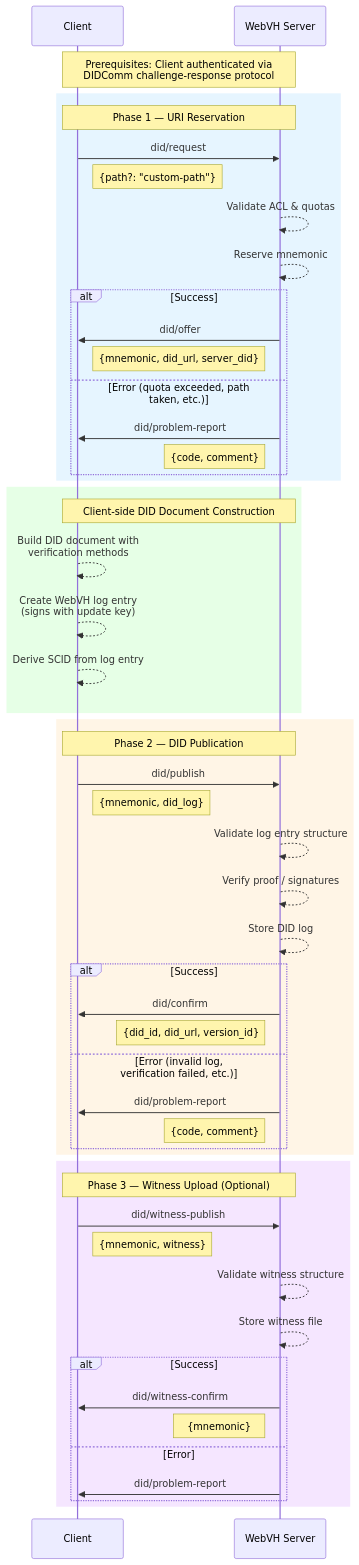
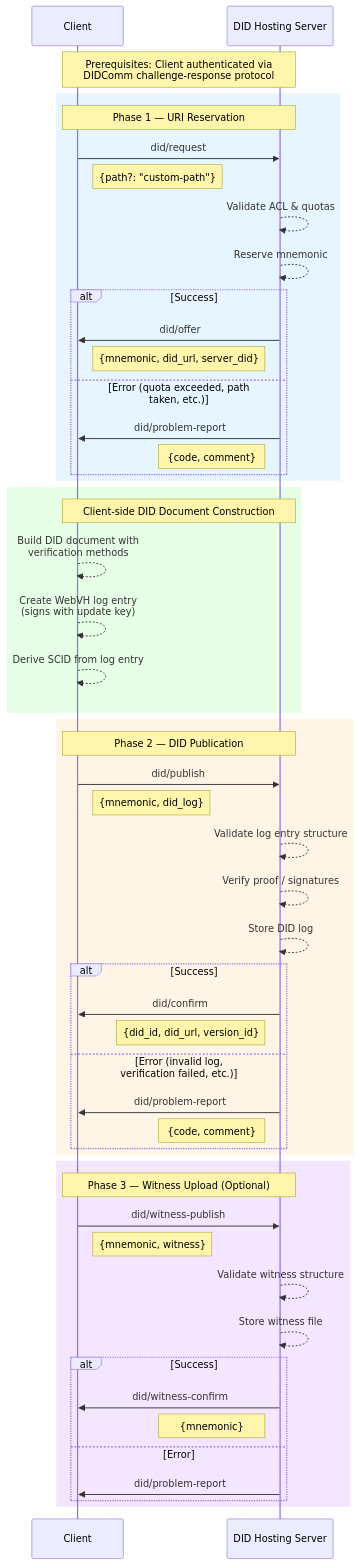
The first of 5 diagrams in docs/didcomm-did-management-protocol.md (affinidi/affinidi-webvh-service), drawn with Mermaid before and after one commit. The commit also changed other lines of this file and 66 other files, not shown here.

````diff
--- a/docs/didcomm-did-management-protocol.md
+++ b/docs/didcomm-did-management-protocol.md
@@ -80,59 +80,59 @@
 ```mermaid
 sequenceDiagram
     participant C as Client
-    participant S as WebVH Server
+    participant S as DID Hosting Server
 
     Note over C,S: Prerequisites: Client authenticated via<br/>DIDComm challenge-response protocol
 
     rect rgb(230, 245, 255)
         Note over C,S: Phase 1 — URI Reservation
         C->>S: did/request
         Note right of C: {path?: "custom-path"}
         S-->>S: Validate ACL & quotas
         S-->>S: Reserve mnemonic
         alt Success
             S->>C: did/offer
             Note left of S: {mnemonic, did_url, server_did}
         else Error (quota exceeded, path taken, etc.)
             S->>C: did/problem-report
             Note left of S: {code, comment}
         end
     end
 
     rect rgb(230, 255, 230)
         Note over C,S: Client-side DID Document Construction
         C-->>C: Build DID document with<br/>verification methods
         C-->>C: Create WebVH log entry<br/>(signs with update key)
         C-->>C: Derive SCID from log entry
     end
 
     rect rgb(255, 245, 230)
         Note over C,S: Phase 2 — DID Publication
         C->>S: did/publish
         Note right of C: {mnemonic, did_log}
         S-->>S: Validate log entry structure
         S-->>S: Verify proof / signatures
         S-->>S: Store DID log
         alt Success
             S->>C: did/confirm
             Note left of S: {did_id, did_url, version_id}
         else Error (invalid log, verification failed, etc.)
             S->>C: did/problem-report
             Note left of S: {code, comment}
         end
     end
 
     rect rgb(245, 230, 255)
         Note over C,S: Phase 3 — Witness Upload (Optional)
         C->>S: did/witness-publish
         Note right of C: {mnemonic, witness}
         S-->>S: Validate witness structure
         S-->>S: Store witness file
         alt Success
             S->>C: did/witness-confirm
             Note left of S: {mnemonic}
         else Error
             S->>C: did/problem-report
         end
     end
 ```
````
